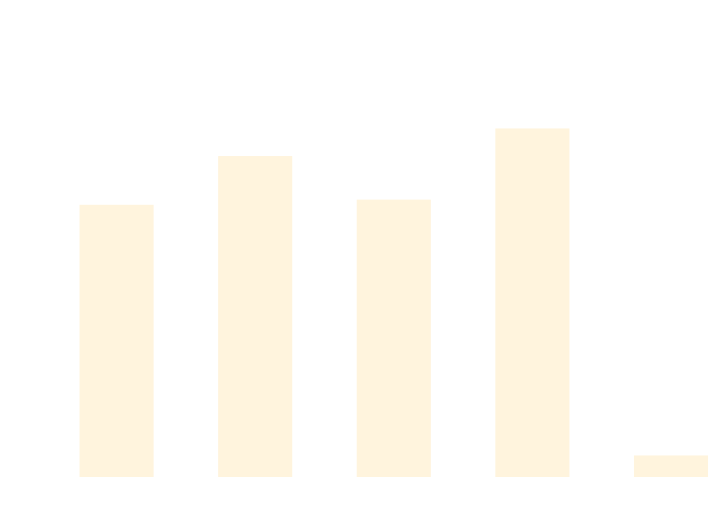
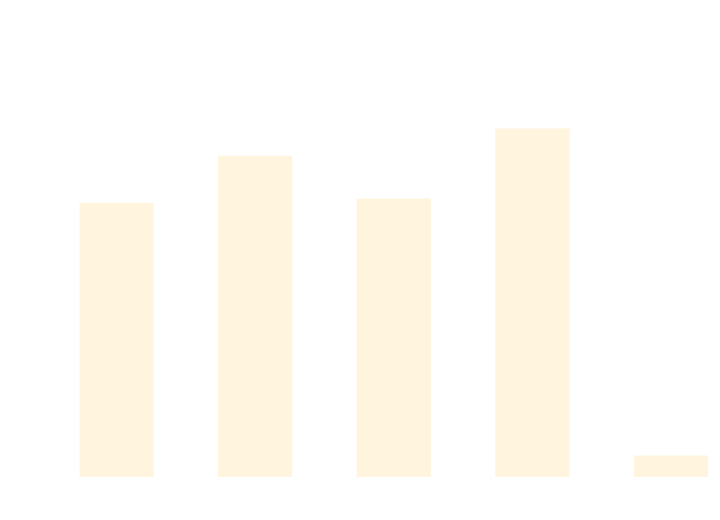
The diagram in docs/docs/benchmarks/DataDrivenTests.md (thomhurst/TUnit), drawn with Mermaid before and after one commit. The commit also changed other lines of this file and 17 other files, not shown here.

````diff
--- a/docs/docs/benchmarks/DataDrivenTests.md
+++ b/docs/docs/benchmarks/DataDrivenTests.md
@@ -27,37 +27,37 @@
 ```mermaid
 %%{init: {
   'theme':'base',
   'themeVariables': {
     'primaryColor': '#2563eb',
     'primaryTextColor': '#ffffff',
     'primaryBorderColor': '#1e40af',
     'lineColor': '#6b7280',
     'secondaryColor': '#7c3aed',
     'tertiaryColor': '#dc2626',
     'background': '#ffffff',
     'mainBkg': '#2563eb',
     'secondBkg': '#7c3aed',
     'tertiaryBkg': '#dc2626',
     'clusterBkg': '#f3f4f6',
     'edgeLabelBackground': '#ffffff',
     'tertiaryTextColor': '#1f2937',
     'pie1': '#2563eb',
     'pie2': '#7c3aed',
     'pie3': '#dc2626',
     'pie4': '#f59e0b',
     'pie5': '#10b981',
     'pie6': '#06b6d4',
     'pie7': '#ec4899',
     'pie8': '#6366f1',
     'pie9': '#84cc16',
     'pie10': '#f97316',
     'pie11': '#14b8a6',
     'pie12': '#a855f7'
   }
 }}%%
 xychart-beta
   title "DataDrivenTests Performance Comparison"
   x-axis ["TUnit", "NUnit", "MSTest", "xUnit3", "TUnit_AOT"]
-  y-axis "Time (ms)" 0 --> 704
-  bar [454.79, 538.67, 463.69, 586.19, 23.32]
+  y-axis "Time (ms)" 0 --> 709
+  bar [461.54, 543.12, 468.86, 590.39, 23.36]
 ```
````
